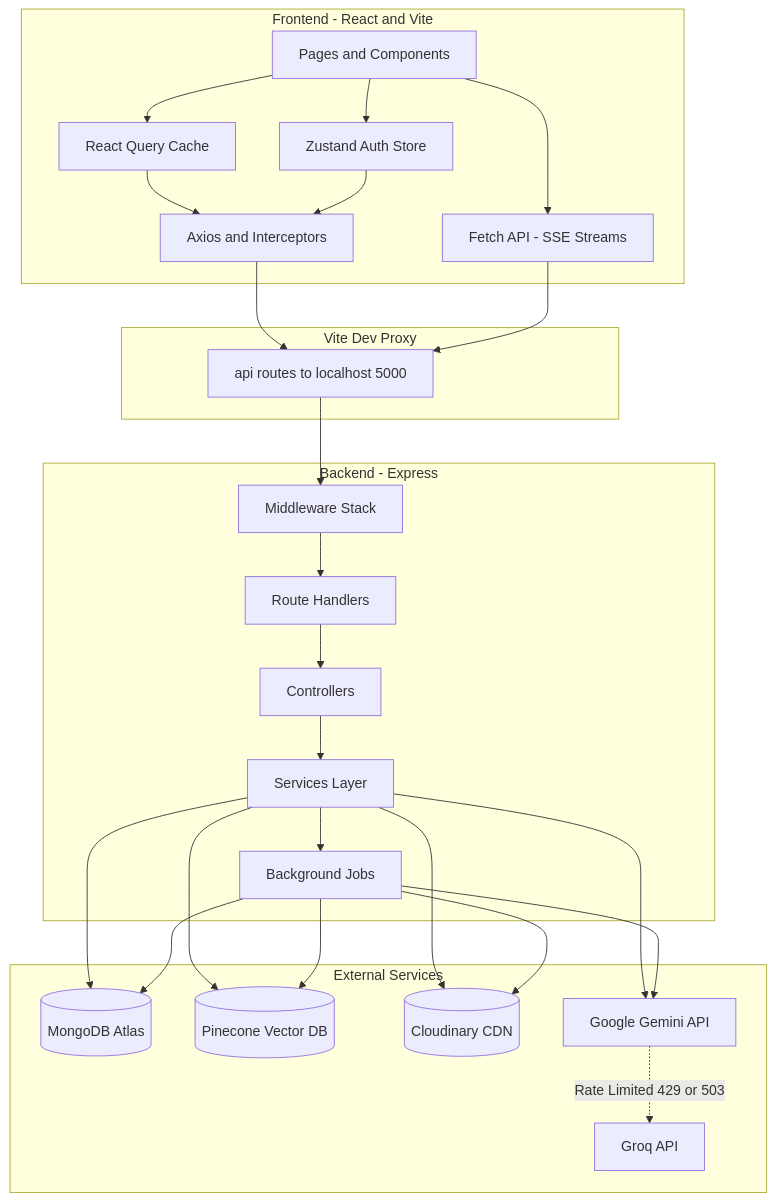
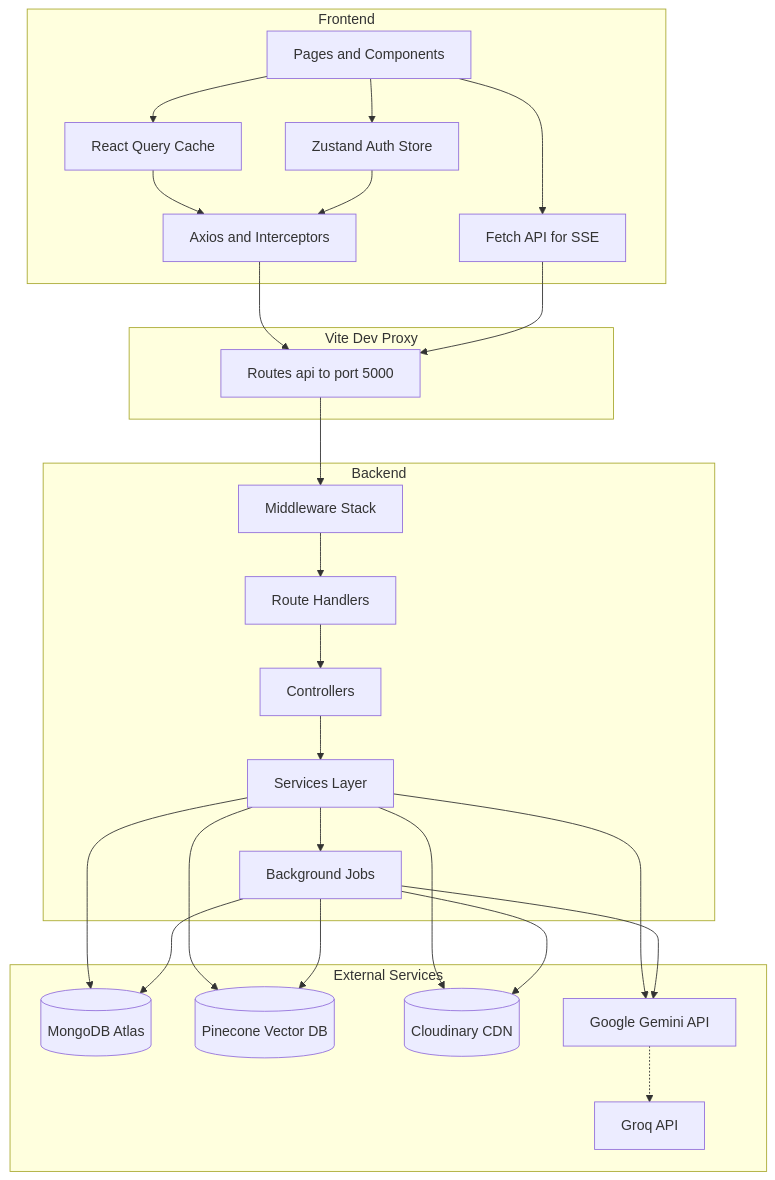
One commit to AniketB26/What-I-Signed changed the first of 9 diagrams in README.md. Above: the diagram before and after it, drawn with Mermaid. The commit also changed other lines of this file, not shown here.

Commit message:
docs: rewrite all mermaid diagrams with GitHub-safe syntax

````diff
--- a/README.md
+++ b/README.md
@@ -95,52 +95,52 @@
 ```mermaid
 graph TB
-    subgraph Client [Frontend - React and Vite]
+    subgraph FE[Frontend]
         UI[Pages and Components]
         RQ[React Query Cache]
         ZS[Zustand Auth Store]
         AX[Axios and Interceptors]
-        FE[Fetch API - SSE Streams]
+        SSE[Fetch API for SSE]
     end
 
-    subgraph Proxy [Vite Dev Proxy]
-        VP[api routes to localhost 5000]
+    subgraph PX[Vite Dev Proxy]
+        VP[Routes api to port 5000]
     end
 
-    subgraph Server [Backend - Express]
-        MW[Middleware Stack]
-        RT[Route Handlers]
-        CT[Controllers]
-        SV[Services Layer]
-        JB[Background Jobs]
+    subgraph BE[Backend]
+        MWR[Middleware Stack]
+        RTR[Route Handlers]
+        CTR[Controllers]
+        SVR[Services Layer]
+        JBR[Background Jobs]
     end
 
-    subgraph External [External Services]
+    subgraph EX[External Services]
         MDB[(MongoDB Atlas)]
         PC[(Pinecone Vector DB)]
         CLD[(Cloudinary CDN)]
         GMN[Google Gemini API]
         GRQ[Groq API]
     end
 
     UI --> RQ
     UI --> ZS
     RQ --> AX
     ZS --> AX
-    UI --> FE
+    UI --> SSE
     AX --> VP
-    FE --> VP
-    VP --> MW
-    MW --> RT
-    RT --> CT
-    CT --> SV
-    SV --> JB
-    SV --> MDB
-    SV --> PC
-    SV --> CLD
-    SV --> GMN
-    GMN -.->|Rate Limited 429 or 503| GRQ
-    JB --> MDB
-    JB --> PC
-    JB --> CLD
-    JB --> GMN
+    SSE --> VP
+    VP --> MWR
+    MWR --> RTR
+    RTR --> CTR
+    CTR --> SVR
+    SVR --> JBR
+    SVR --> MDB
+    SVR --> PC
+    SVR --> CLD
+    SVR --> GMN
+    GMN -.-> GRQ
+    JBR --> MDB
+    JBR --> PC
+    JBR --> CLD
+    JBR --> GMN
 ```
````
